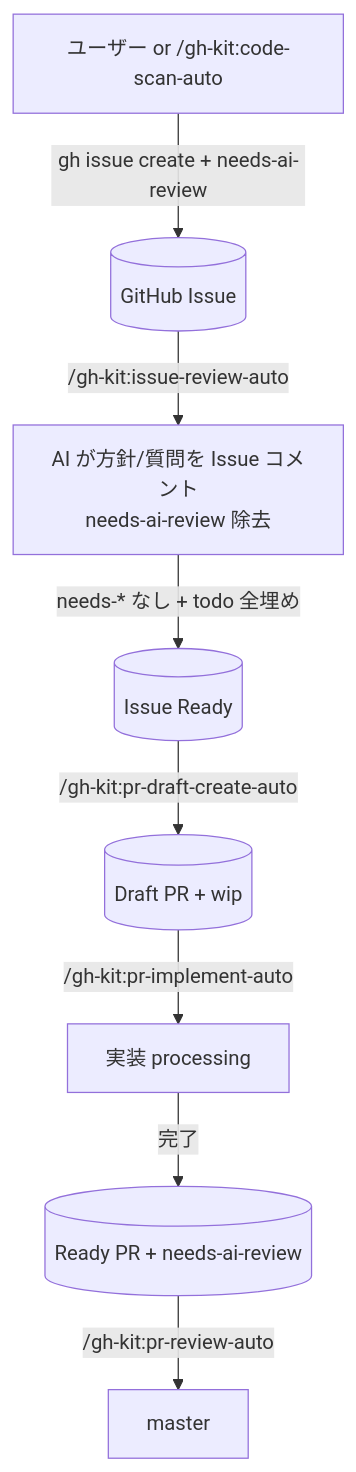
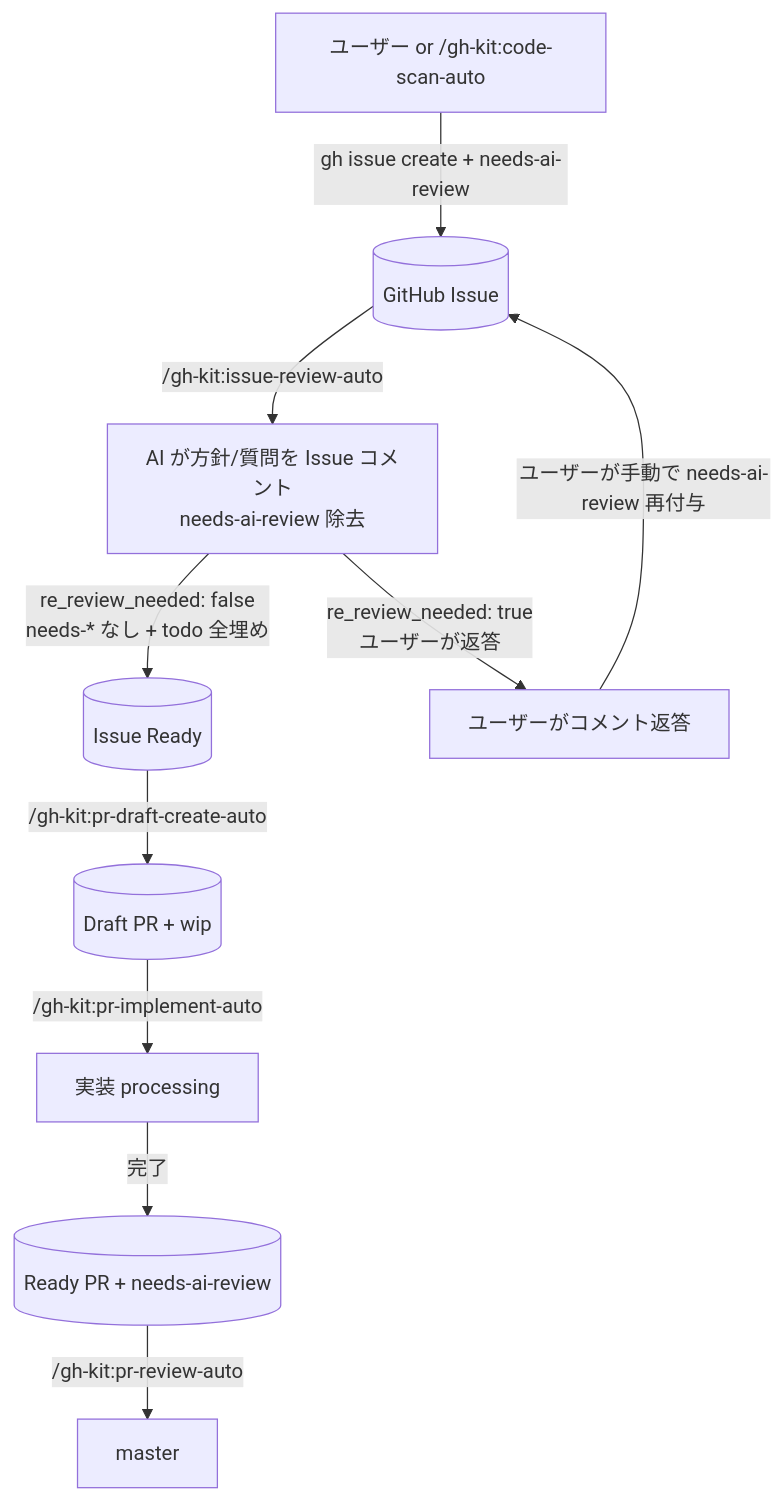
The diagram in plugins/gh-kit/CLAUDE.md (shuhei1101/my-plugins), drawn with Mermaid before and after one commit. The commit also changed other lines of this file and 6 other files, not shown here.

````diff
--- a/plugins/gh-kit/CLAUDE.md
+++ b/plugins/gh-kit/CLAUDE.md
@@ -9,10 +9,12 @@
 ```mermaid
 flowchart TD
   U[ユーザー or /gh-kit:code-scan-auto] -->|gh issue create + needs-ai-review| Issue[(GitHub Issue)]
   Issue -->|/gh-kit:issue-review-auto| Review[AI が方針/質問を Issue コメント<br>needs-ai-review 除去]
-  Review -->|needs-* なし + todo 全埋め| Ready[(Issue Ready)]
+  Review -->|re_review_needed: false<br>needs-* なし + todo 全埋め| Ready[(Issue Ready)]
+  Review -->|re_review_needed: true<br>ユーザーが返答| UserReply[ユーザーがコメント返答]
+  UserReply -->|ユーザーが手動で needs-ai-review 再付与| Issue
   Ready -->|/gh-kit:pr-draft-create-auto| WIP[(Draft PR + wip)]
   WIP -->|/gh-kit:pr-implement-auto| Implementing[実装 processing]
   Implementing -->|完了| NAR[(Ready PR + needs-ai-review)]
   NAR -->|/gh-kit:pr-review-auto| Merged[master]
 ```
````
